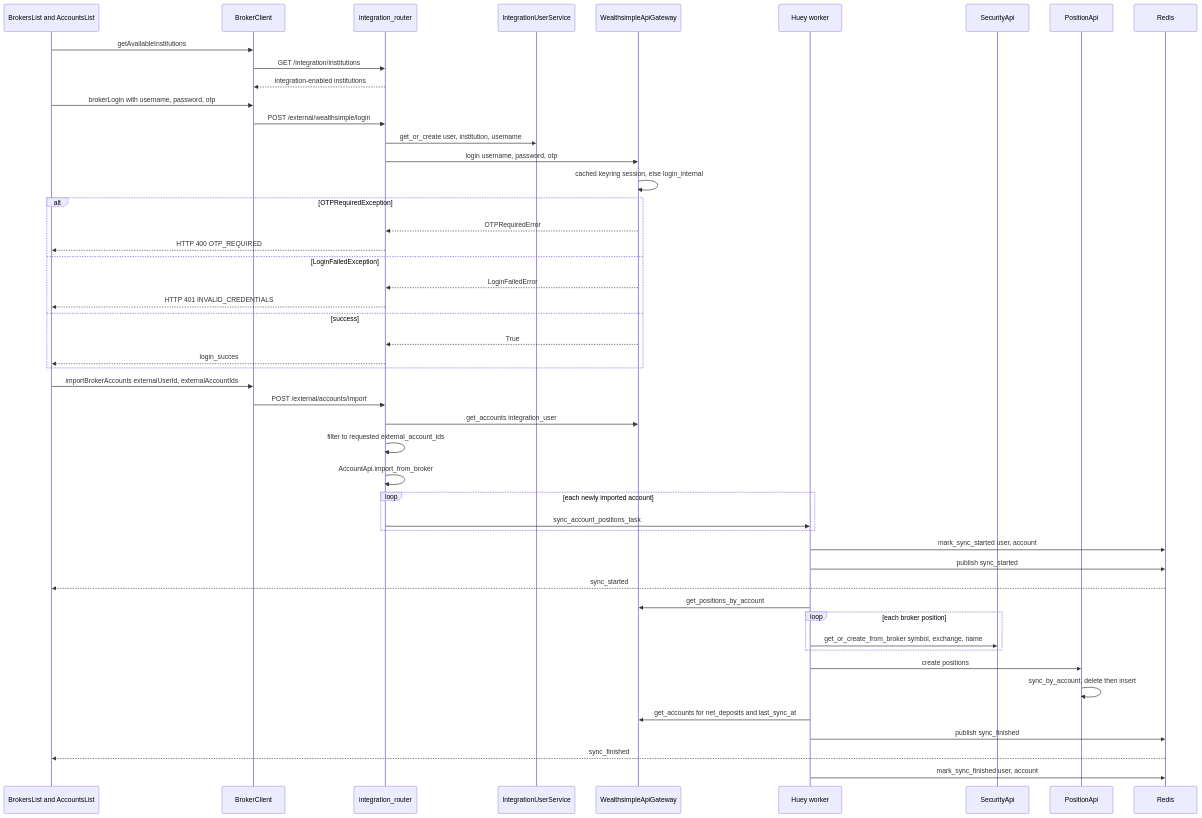
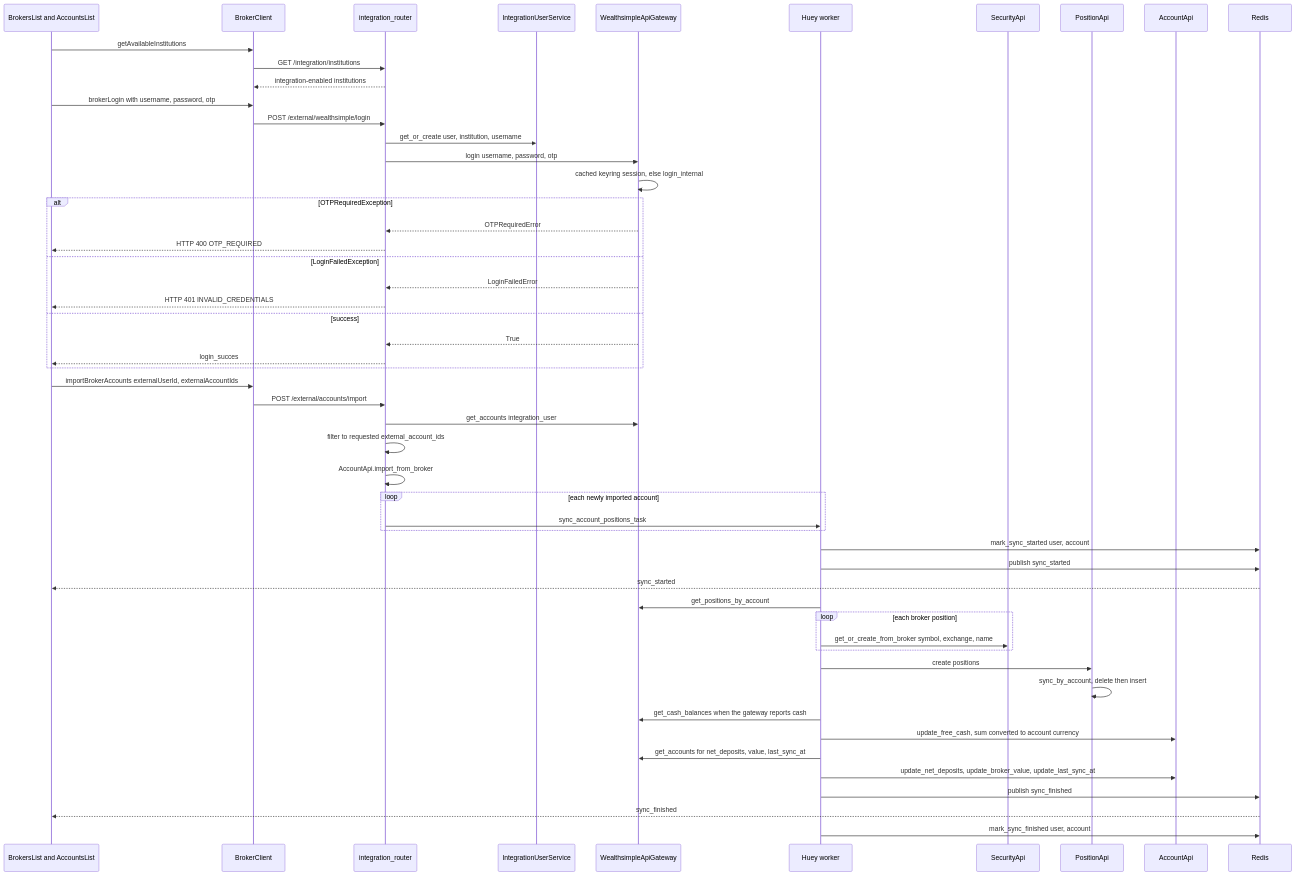
Before and after one commit to havekes/retail-portfolio: the first of 2 diagrams in openwiki/workflows/broker-sync.md, drawn with Mermaid. The commit also changed other lines of this file and 57 other files, not shown here.

````diff
--- a/openwiki/workflows/broker-sync.md
+++ b/openwiki/workflows/broker-sync.md
@@ -124,52 +132,56 @@
 ```mermaid
 sequenceDiagram
     participant UI as BrokersList and AccountsList
     participant BC as BrokerClient
     participant R as integration_router
     participant SVC as IntegrationUserService
     participant GW as WealthsimpleApiGateway
     participant Q as Huey worker
     participant API as SecurityApi
     participant P as PositionApi
+    participant ACC as AccountApi
     participant X as Redis
 
     UI->>BC: getAvailableInstitutions
     BC->>R: GET /integration/institutions
     R-->>BC: integration-enabled institutions
     UI->>BC: brokerLogin with username, password, otp
     BC->>R: POST /external/wealthsimple/login
     R->>SVC: get_or_create user, institution, username
     R->>GW: login username, password, otp
     GW->>GW: cached keyring session, else login_internal
     alt OTPRequiredException
         GW-->>R: OTPRequiredError
         R-->>UI: HTTP 400 OTP_REQUIRED
     else LoginFailedException
         GW-->>R: LoginFailedError
         R-->>UI: HTTP 401 INVALID_CREDENTIALS
     else success
         GW-->>R: True
         R-->>UI: login_succes
     end
     UI->>BC: importBrokerAccounts externalUserId, externalAccountIds
     BC->>R: POST /external/accounts/import
     R->>GW: get_accounts integration_user
     R->>R: filter to requested external_account_ids
     R->>R: AccountApi.import_from_broker
     loop each newly imported account
         R->>Q: sync_account_positions_task
     end
     Q->>X: mark_sync_started user, account
     Q->>X: publish sync_started
     X-->>UI: sync_started
     Q->>GW: get_positions_by_account
     loop each broker position
         Q->>API: get_or_create_from_broker symbol, exchange, name
     end
     Q->>P: create positions
     P->>P: sync_by_account, delete then insert
-    Q->>GW: get_accounts for net_deposits and last_sync_at
+    Q->>GW: get_cash_balances when the gateway reports cash
+    Q->>ACC: update_free_cash, sum converted to account currency
+    Q->>GW: get_accounts for net_deposits, value, last_sync_at
+    Q->>ACC: update_net_deposits, update_broker_value, update_last_sync_at
     Q->>X: publish sync_finished
     X-->>UI: sync_finished
     Q->>X: mark_sync_finished user, account
 ```
````
